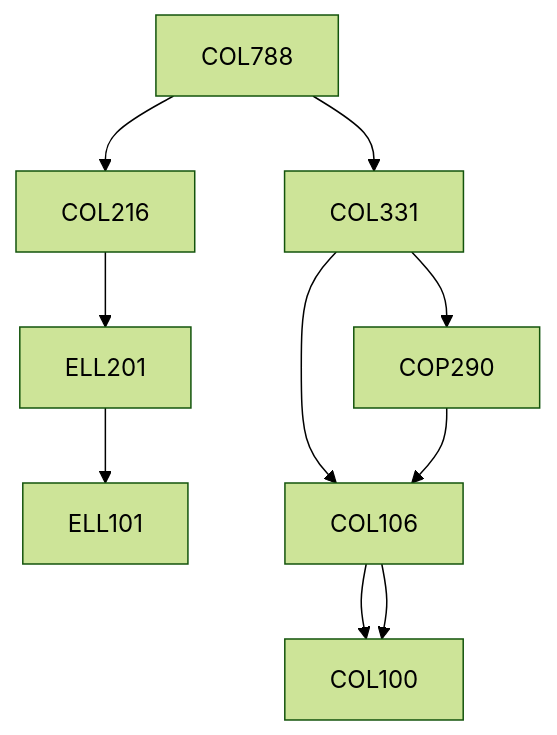
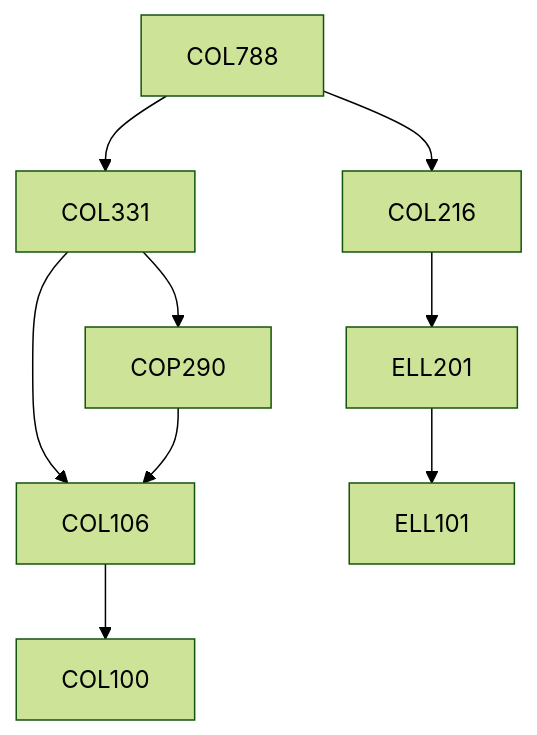
The diagram in content/Computer Science and Engineering/COL788.md (KeshavBansal0122/CoS_Website), drawn with Mermaid (forest theme) before and after one commit. The commit also changed other lines of this file and 2667 other files, not shown here.

````diff
--- a/content/Computer Science and Engineering/COL788.md
+++ b/content/Computer Science and Engineering/COL788.md
@@ -17,12 +15,15 @@
 ```mermaid
-graph TD
-COL788 --> COL216
-COL216 --> ELL201
-ELL201 --> ELL101
-COL788 --> COL331
-COL331 --> COL106
-COL106 --> COL100
-COL331 --> COP290
-COP290 --> COL106
-COL106 --> COL100
+flowchart TD
+COL788-231[COL788]
+COL106-231 --> COL100-231[COL100]
+COL216-231 --> ELL201-231[ELL201]
+COL331-231 --> COP290-231[COP290]
+COL788-231 --> COL216-231[COL216]
+COL788-231 --> COL331-231[COL331]
+COL331-231 --> COL106-231[COL106]
+COP290-231 --> COL106-231[COL106]
+ELL201-231 --> ELL101-231[ELL101]
+
+classDef empty height:17px, fill:transparent, stroke:transparent;
+classDef trueEmpty height:0px, width:0px;
 ```
````
